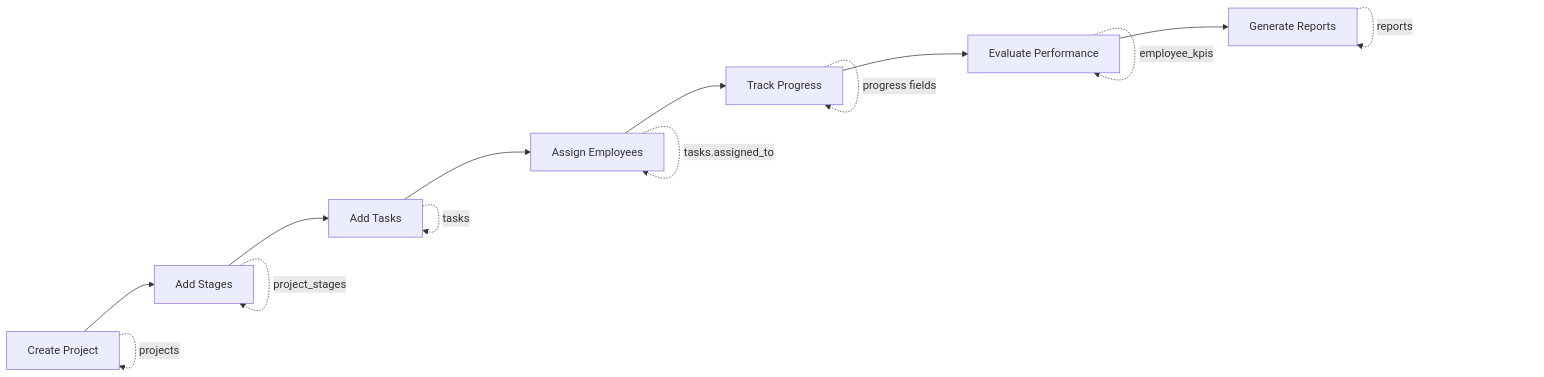
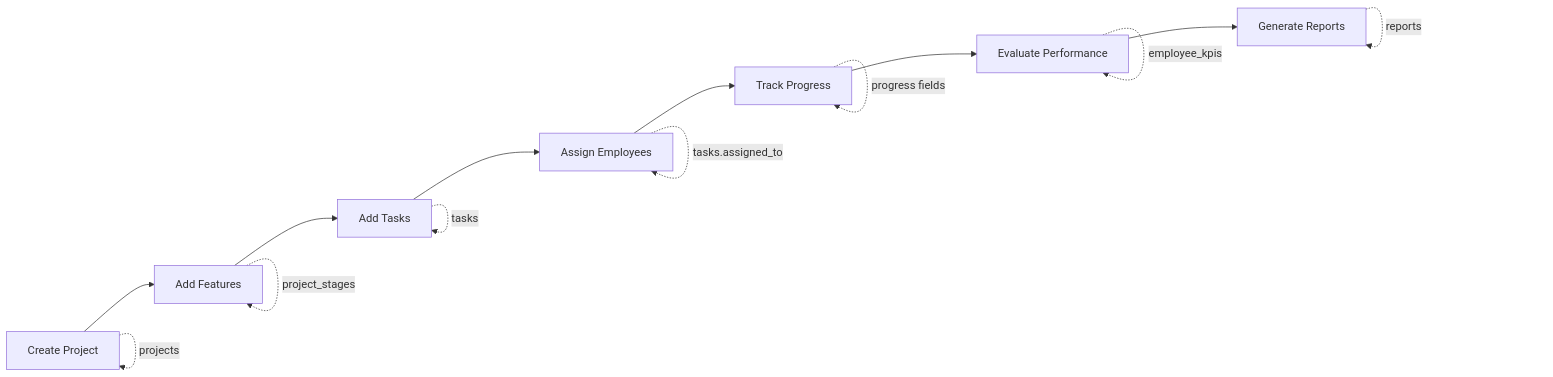
Before and after one commit to Ameera-Taqi/STRATIX-: the diagram in docs/DATABASE_WORKFLOW.md, drawn with Mermaid. The commit also changed other lines of this file and 131 other files, not shown here.

````diff
--- a/docs/DATABASE_WORKFLOW.md
+++ b/docs/DATABASE_WORKFLOW.md
@@ -70,17 +72,17 @@
 ```mermaid
 flowchart LR
-    A[Create Project] --> B[Add Stages]
+    A[Create Project] --> B[Add Features]
     B --> C[Add Tasks]
     C --> D[Assign Employees]
     D --> E[Track Progress]
     E --> F[Evaluate Performance]
     F --> G[Generate Reports]
 
     A -.->|projects| A
     B -.->|project_stages| B
     C -.->|tasks| C
     D -.->|tasks.assigned_to| D
     E -.->|progress fields| E
     F -.->|employee_kpis| F
     G -.->|reports| G
 ```
````
